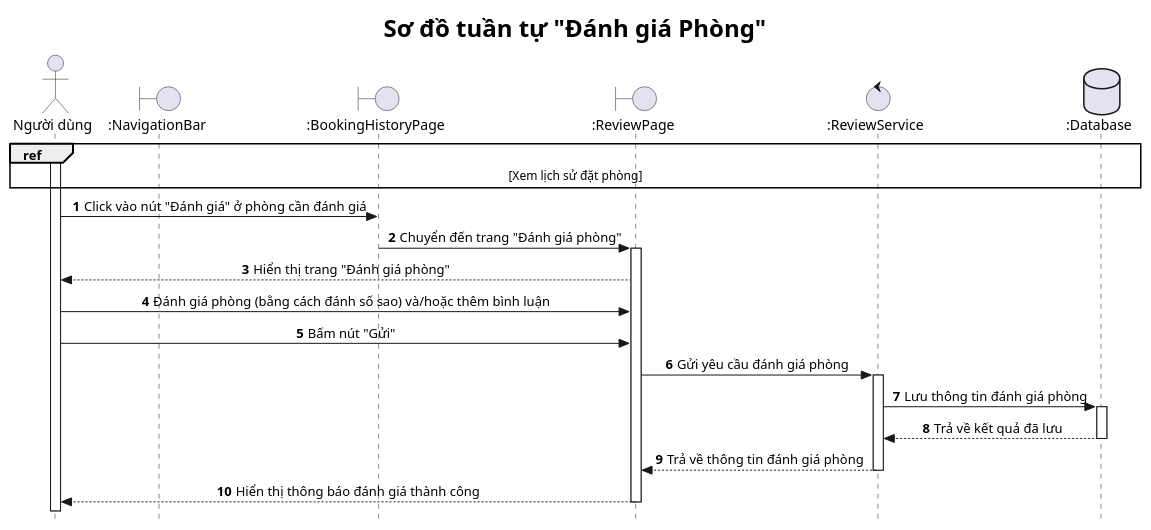
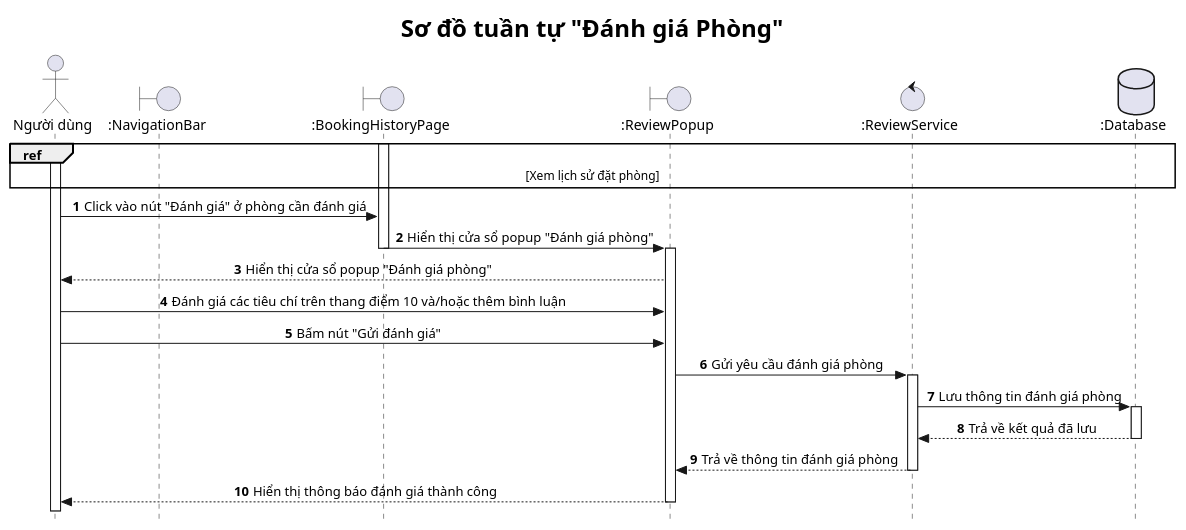
Before and after one commit to Hotelligence/hotelligence-diagrams: the diagram in src/sequence/userServices/reviewService/s-review.plantuml, drawn with PlantUML. The commit also changed 1 other file, not shown here.

```diff
--- a/src/sequence/userServices/reviewService/s-review.plantuml
+++ b/src/sequence/userServices/reviewService/s-review.plantuml
@@ -1,41 +1,43 @@
 @startuml
 
 title <size: 24> Sơ đồ tuần tự "Đánh giá Phòng" </size>
 
 skinparam style strictuml
 skinparam SequenceMessageAlignment center
 
 autonumber
 
 actor "Người dùng" as U
 boundary ":NavigationBar" as NB  
 boundary ":BookingHistoryPage" as BHP
-boundary ":ReviewPage" as RP
+boundary ":ReviewPopup" as RP
 control ":ReviewService" as RS
 database ":Database" as DB  
 
 activate U
 
 ref over U, DB
     [Xem lịch sử đặt phòng]
 end ref
 
+activate BHP
 U -> BHP: Click vào nút "Đánh giá" ở phòng cần đánh giá
-BHP -> RP: Chuyển đến trang "Đánh giá phòng"
+
+BHP -> RP: Hiển thị cửa sổ popup "Đánh giá phòng"
 deactivate BHP
 activate RP
-RP --> U: Hiển thị trang "Đánh giá phòng"
-U -> RP: Đánh giá phòng (bằng cách đánh số sao) và/hoặc thêm bình luận
-U -> RP: Bấm nút "Gửi"
+RP --> U: Hiển thị cửa sổ popup "Đánh giá phòng"
+U -> RP: Đánh giá các tiêu chí trên thang điểm 10 và/hoặc thêm bình luận
+U -> RP: Bấm nút "Gửi đánh giá"
 RP -> RS: Gửi yêu cầu đánh giá phòng
 activate RS
 RS -> DB: Lưu thông tin đánh giá phòng
 activate DB
 DB --> RS: Trả về kết quả đã lưu
 deactivate DB
 RS --> RP: Trả về thông tin đánh giá phòng
 deactivate RS
 RP --> U: Hiển thị thông báo đánh giá thành công
 deactivate RP
 
 @enduml
```
